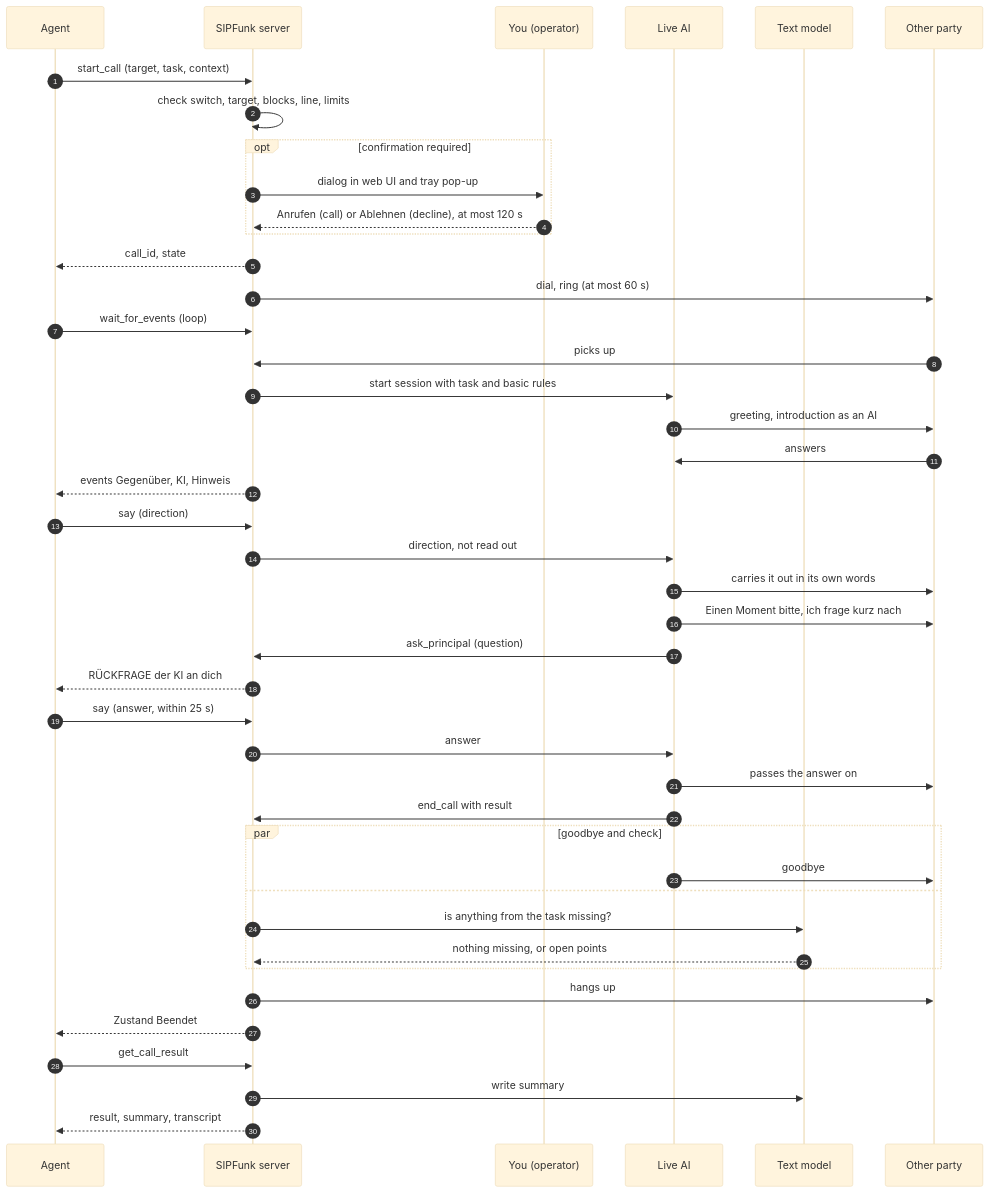
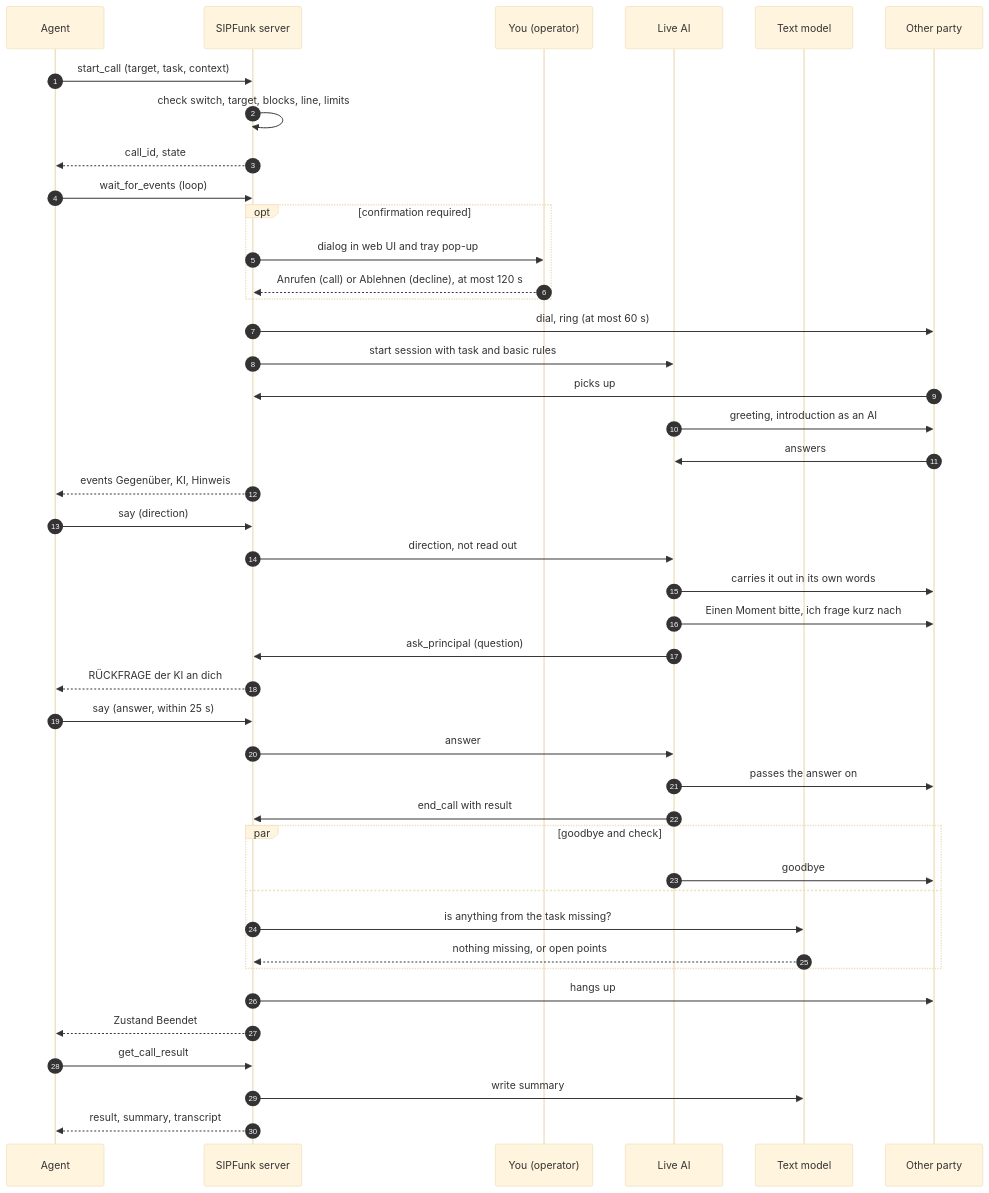
One commit to alorbach/ai-sip-funk changed the diagram in doc/mcp-flow.md. Above: the diagram before and after it, drawn with Mermaid (base theme). The commit also changed other lines of this file and 6 other files, not shown here.

````diff
--- a/doc/mcp-flow.md
+++ b/doc/mcp-flow.md
@@ -28,46 +28,46 @@
 ```mermaid
 sequenceDiagram
     autonumber
     participant A as Agent
     participant S as SIPFunk server
     participant O as You (operator)
     participant L as Live AI
     participant T as Text model
     participant G as Other party
 
     A->>S: start_call (target, task, context)
     S->>S: check switch, target, blocks, line, limits
+    S-->>A: call_id, state
+    A->>S: wait_for_events (loop)
     opt confirmation required
         S->>O: dialog in web UI and tray pop-up
         O-->>S: Anrufen (call) or Ablehnen (decline), at most 120 s
     end
-    S-->>A: call_id, state
     S->>G: dial, ring (at most 60 s)
-    A->>S: wait_for_events (loop)
+    S->>L: start session with task and basic rules
     G->>S: picks up
-    S->>L: start session with task and basic rules
     L->>G: greeting, introduction as an AI
     G->>L: answers
     S-->>A: events Gegenüber, KI, Hinweis
     A->>S: say (direction)
     S->>L: direction, not read out
     L->>G: carries it out in its own words
     L->>G: Einen Moment bitte, ich frage kurz nach
     L->>S: ask_principal (question)
     S-->>A: RÜCKFRAGE der KI an dich
     A->>S: say (answer, within 25 s)
     S->>L: answer
     L->>G: passes the answer on
     L->>S: end_call with result
     par goodbye and check
         L->>G: goodbye
     and
         S->>T: is anything from the task missing?
         T-->>S: nothing missing, or open points
     end
     S->>G: hangs up
     S-->>A: Zustand Beendet
     A->>S: get_call_result
     S->>T: write summary
     S-->>A: result, summary, transcript
 ```
````
